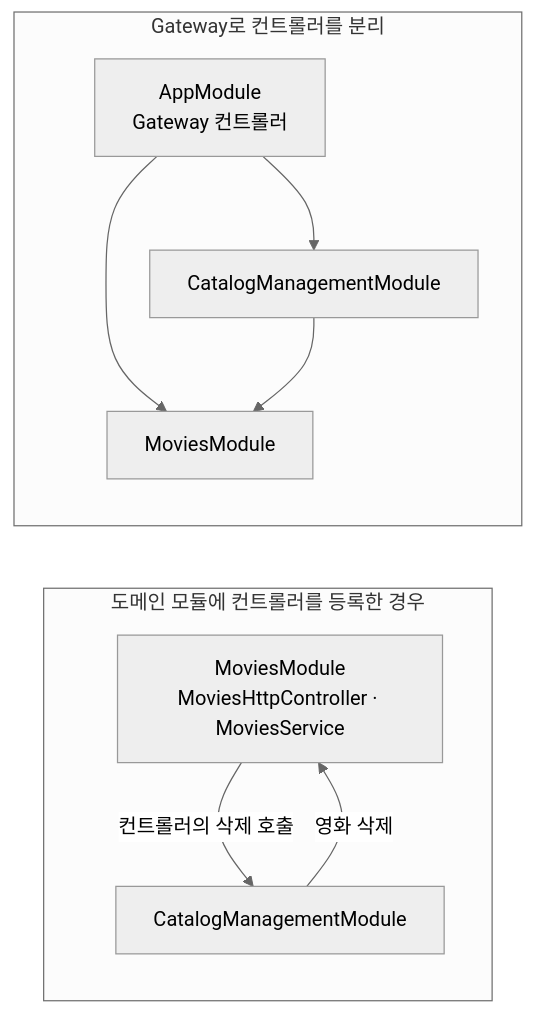
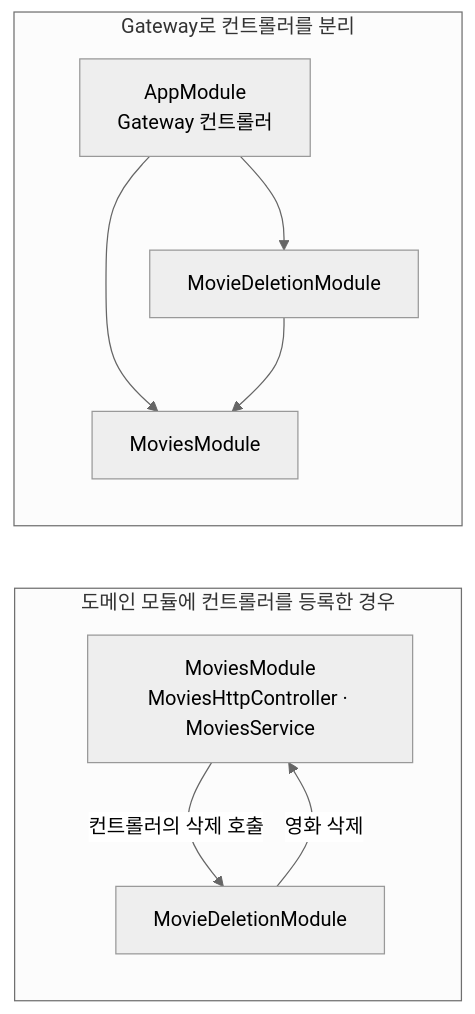
One commit to mannercode/nest-seed changed the second of 5 diagrams in apps/README.md. Above: the diagram before and after it, drawn with Mermaid (neutral theme). The commit also changed other lines of this file and 15 other files, not shown here.

Commit message:
refactor(api): split movie and theater deletion use cases

````diff
--- a/apps/README.md
+++ b/apps/README.md
@@ -34,19 +34,19 @@
 ```mermaid
 flowchart LR
     subgraph coupled["도메인 모듈에 컨트롤러를 등록한 경우"]
         direction TB
         M1["MoviesModule<br/>MoviesHttpController · MoviesService"]
-        C1["CatalogManagementModule"]
-        M1 -->|컨트롤러의 삭제 호출| C1
-        C1 -->|영화 삭제| M1
+        D1["MovieDeletionModule"]
+        M1 -->|컨트롤러의 삭제 호출| D1
+        D1 -->|영화 삭제| M1
     end
     subgraph separated["Gateway로 컨트롤러를 분리"]
         direction TB
         A["AppModule<br/>Gateway 컨트롤러"]
-        C2["CatalogManagementModule"]
+        D2["MovieDeletionModule"]
         M2["MoviesModule"]
-        A --> C2
+        A --> D2
         A --> M2
-        C2 --> M2
+        D2 --> M2
     end
 ```
````
